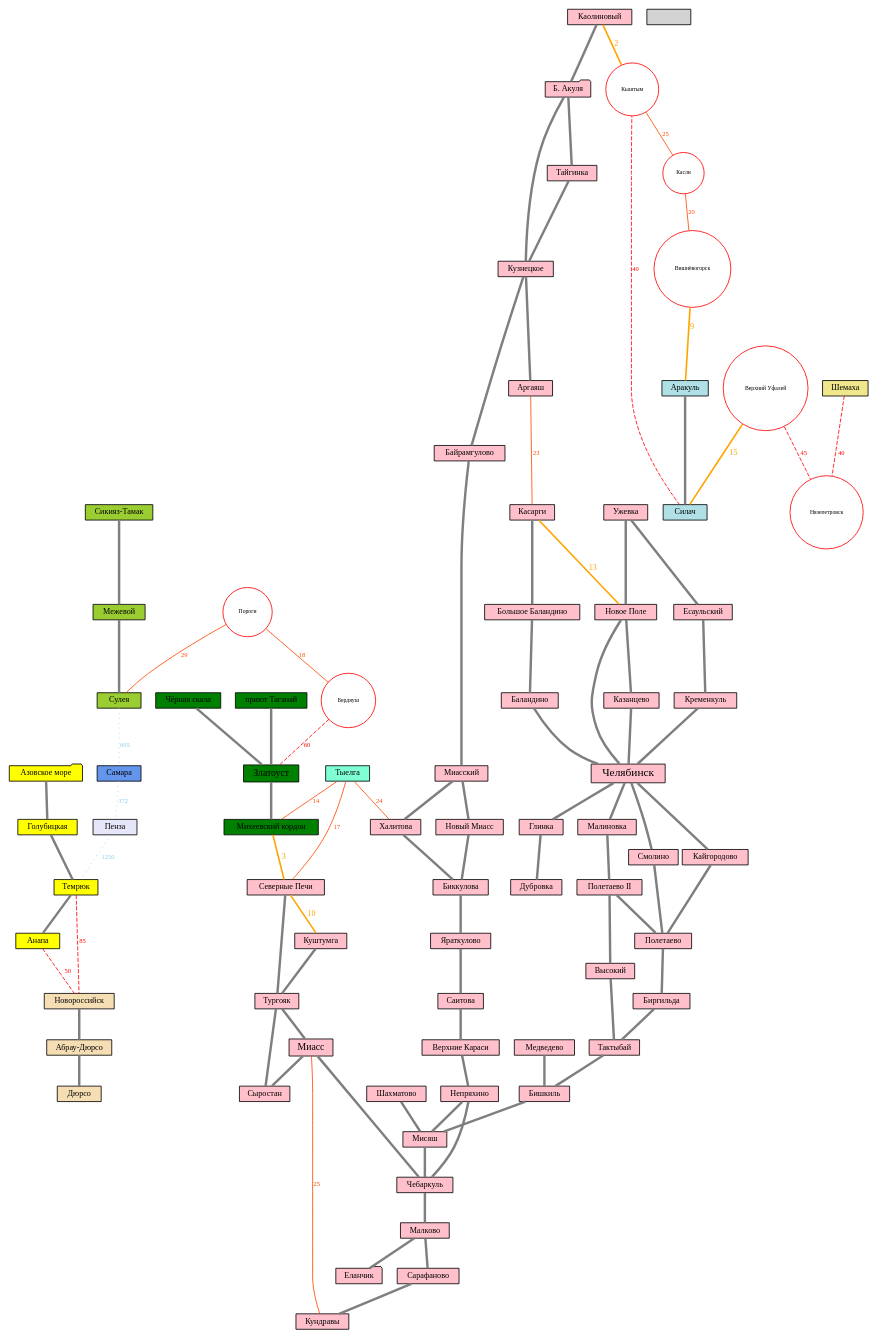
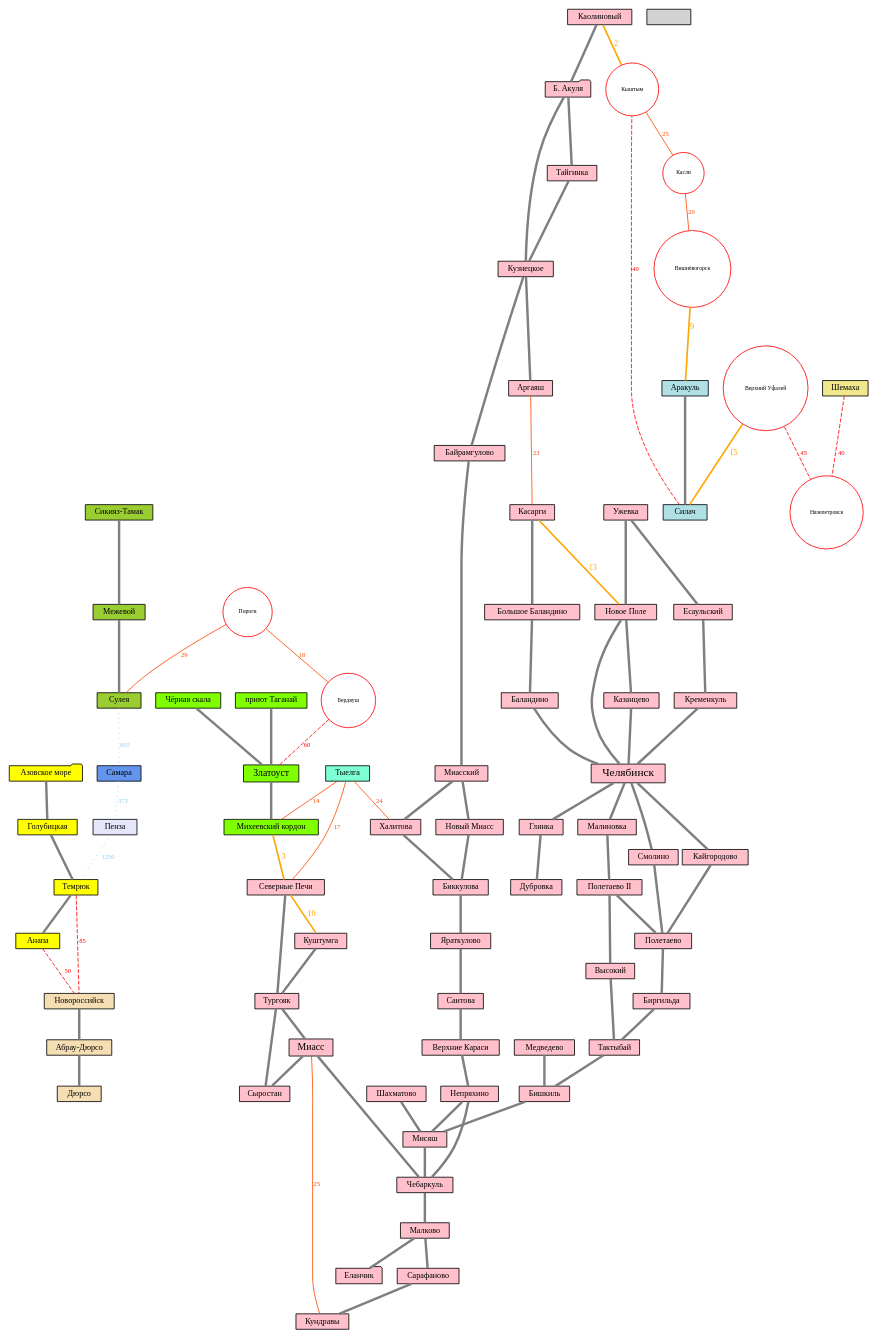
Before and after one commit to shoorick/bike-area: the diagram in bike-area.dot, drawn with Graphviz.

Commit message:
Зелёная горная область (Златоуст) слегка перекрашена.

```diff
--- a/bike-area.dot
+++ b/bike-area.dot
@@ -1,140 +1,140 @@
 graph G {
     node [ shape=box, fontsize=10, fontname="Droid Sans", style=filled, height=0.2 ]
     edge [ color=gray50, penwidth=3, fontname="Droid Sans" ]
     graph [ overlap=false ]
 
     subgraph main {
         node [ fillcolor=pink ]
 
         "Б. Акуля" [ shape=folder ]
         "Еланчик"  [ shape=folder ]
 
         Челябинск [ fontsize=14 ]
         Миасс [ fontsize=12 ]
         Челябинск -- Смолино -- Полетаево -- Биргильда -- Тактыбай -- Бишкиль -- Мисяш -- Чебаркуль
         Миасс -- Чебаркуль
         Непряхино -- Мисяш
         Шахматово -- Мисяш
         Медведево -- Бишкиль
         Челябинск -- Малиновка -- "Полетаево II" -- Высокий -- Тактыбай
         "Полетаево II" -- Полетаево
         Каолиновый -- "Б. Акуля" -- Кузнецкое -- Байрамгулово -- Миасский -- "Новый Миасс" -- Биккулова -- Яраткулово -- Саитова -- "Верхние Караси" -- Непряхино -- Чебаркуль -- Малково -- Сарафаново -- Кундравы
         Миасский -- Халитова -- Биккулова
         Малково -- Еланчик
         "Б. Акуля" -- Тайгинка -- Кузнецкое -- Аргаяш
         Челябинск -- Кайгородово -- Полетаево
         Ужевка -- Есаульский -- Кременкуль -- Челябинск
         Касарги -- "Большое Баландино" -- Баландино -- Челябинск
         "Северные Печи" -- Тургояк -- Миасс -- Сыростан
         Куштумга -- Тургояк -- Сыростан
         Ужевка -- "Новое Поле" -- Казанцево -- Челябинск
         "Новое Поле" -- Челябинск
         Челябинск -- Глинка -- Дубровка
     }
 
     subgraph north {
         node [ fillcolor=powderblue ]
 
         Аракуль -- Силач
     }
 
     subgraph penza {
         node [ fillcolor=lavender ]
 
         Пенза
     }
 
     subgraph samara {
         node [ fillcolor=cornflowerblue ]
 
         Самара
     }
 
     subgraph shemakha {
         node [ fillcolor=khaki ]
 
         Шемаха
     }
 
     subgraph mount {
-        node [ fillcolor=green ]
+        node [ fillcolor=chartreuse ]
         Златоуст [ fontsize=12 ]
 
         //"Чёрная скала" [ shape=hexagon, height=0.2 ]
         "Чёрная скала" -- Златоуст -- "Михеевский кордон"
         "приют Таганай" -- Златоуст
     }
 
     subgraph ai {
         node [ fillcolor=yellowgreen ]
 
         "Сикияз-Тамак" -- Межевой -- Сулея
     }
 
     subgraph south1 {
         node [ fillcolor=yellow ]
         "Азовское море" [ shape=folder ]
         "Азовское море" -- Голубицкая -- Темрюк -- Анапа
     }
 
     subgraph south2 {
         node [ fillcolor=wheat ]
 
         Новороссийск -- "Абрау-Дюрсо" -- Дюрсо
     }
 
     subgraph tyelga {
         node [ fillcolor=aquamarine ]
 
         Тыелга
     }
 
     subgraph failed_cities {
         node [ shape="circle",fillcolor="white",color="red",fontsize=7, height=0.1 ]
         Кыштым Касли Пороги Бердяуш Вишнёвогорск Нязепетровск "Верхний Уфалей"
     }
 
     subgraph failed {
 
         // Ближние — можно пройти за час
         edge [ color=orange, fontcolor=orange, fontsize=10, penwidth=2 ]
         Каолиновый -- Кыштым [ label=2 ]
         "Михеевский кордон" -- "Северные Печи" [ label=3 ]
         Вишнёвогорск -- Аракуль  [ label=9 ]
         "Северные Печи" -- Куштумга [ label=10 ]
         Касарги -- "Новое Поле" [ label=13 ]
         "Верхний Уфалей" -- Силач [ label=15 ]
 
         // Ближние
         edge [ color=orangered, fontcolor=orangered, fontsize=8, penwidth=1 ]
         Пороги -- Бердяуш [ label=18 ]
         Миасс -- Кундравы  [ label=25 ]
         Аргаяш -- Касарги  [ label=23 ]
         Пороги -- Сулея  [ label=29 ]
         Кыштым -- Касли  [ label=25 ]
         Касли -- Вишнёвогорск [ label=20]
         Тыелга -- "Михеевский кордон" [ label=14 ]
         Тыелга -- "Северные Печи" [ label=17 ]
         Тыелга -- Халитова [ label=24 ]
 
         // Средние — можно пройти за день
         edge [ color=red, fontcolor=red, style="dashed" ]
         Силач -- Кыштым  [ label=40 ]
         Анапа -- Новороссийск [ label=50 ]
         Бердяуш -- Златоуст [ label=60 ]
         Шемаха -- Нязепетровск [ label=40 ]
         "Верхний Уфалей" -- Нязепетровск [ label=45 ]
         Темрюк -- Новороссийск [ label=85 ]
 
         // Дальние
         edge [ color=plum, fontcolor=plum, style="dotted" ]
 
         // Совсем дальние — нереально проехать
         edge [ color=skyblue, fontcolor=skyblue ]
         Самара -- Пенза [ label=372 ]
         Сулея -- Самара [ label=695 ]
         Пенза -- Темрюк [ label=1250 ]
     }
 }
 
 // https://gist.github.com/shoorick/6155062
```
